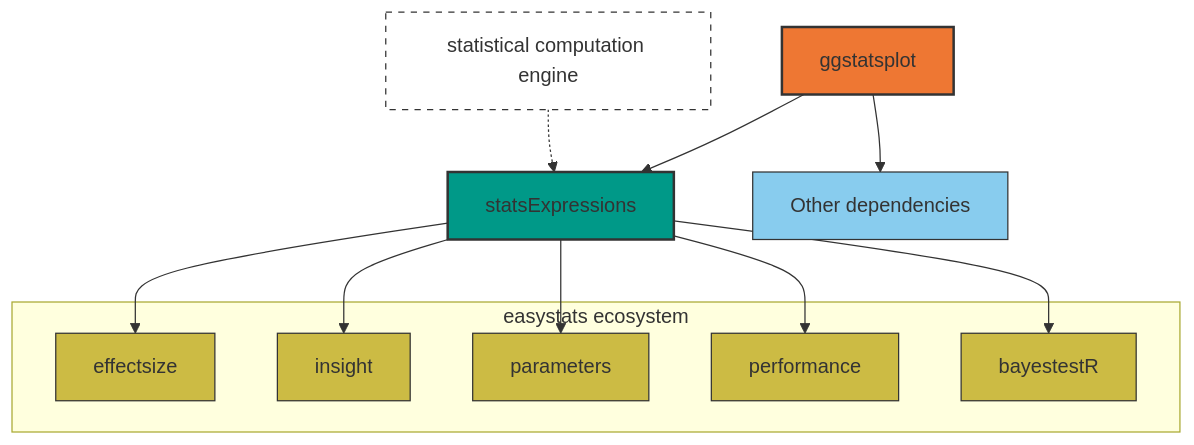
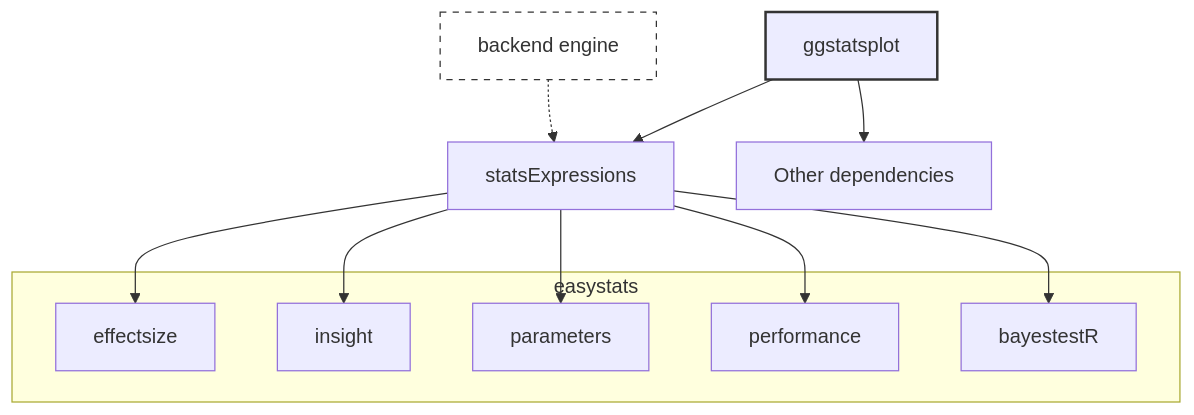
The diagram in index.qmd (IndrajeetPatil/ggstatsplot_slides), drawn with Mermaid before and after one commit. The commit also changed other lines of this file, not shown here.

````diff
--- a/index.qmd
+++ b/index.qmd
@@ -386,48 +386,36 @@
 ```{mermaid}
 %%| echo: false
 flowchart TD
     ggstatsplot[ggstatsplot]
     statsExpressions[statsExpressions]
-    note["statistical computation engine"]
+    note["backend engine"]
     
-    subgraph easystats[easystats ecosystem]
+    subgraph easystats[easystats]
         effectsize[effectsize]
         insight[insight]
         parameters[parameters]
         performance[performance]
         bayestestR[bayestestR]
     end
-    
-    %% subgraph other[Graphics Dependencies]
-    %%     ggplot2[ggplot2]
-    %%     ggrepel[ggrepel]
-    %%     ggsignif[ggsignif]
-    %% end
     
     %% Main dependencies
     ggstatsplot --> statsExpressions
     ggstatsplot --> dots[Other dependencies]
     
     %% Add note connecting to the main relationship
     note -.-> statsExpressions
     
     %% statsExpressions dependencies on easystats packages
     statsExpressions --> effectsize
     statsExpressions --> insight
     statsExpressions --> parameters
     statsExpressions --> performance
     statsExpressions --> bayestestR
     
-    %% Styling using colorblind-friendly colors
-    classDef main fill:#EE7733,stroke:#333,stroke-width:2px
-    classDef stats fill:#009988,stroke:#333,stroke-width:2px
-    classDef easy fill:#CCBB44,stroke:#333,stroke-width:1px
-    classDef other fill:#88CCEE,stroke:#333,stroke-width:1px
+    %% Styling using custom colors
+    classDef main fill:#fff88,stroke:#333,stroke-width:2px
     classDef note fill:#ffffff,stroke:#333,stroke-width:1px,stroke-dasharray: 5 5
     
     class ggstatsplot main
-    class statsExpressions stats
-    class effectsize,insight,parameters,performance,bayestestR easy
-    class dots other
     class note note
 ```
````
